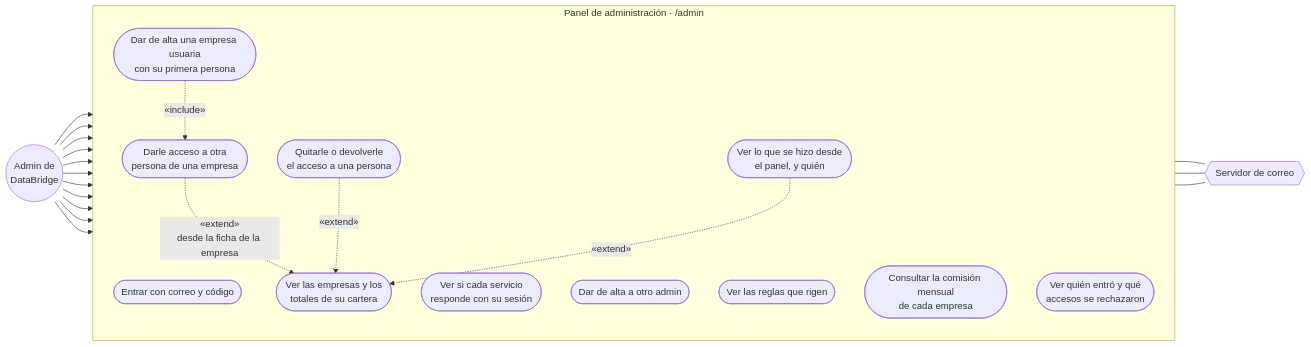
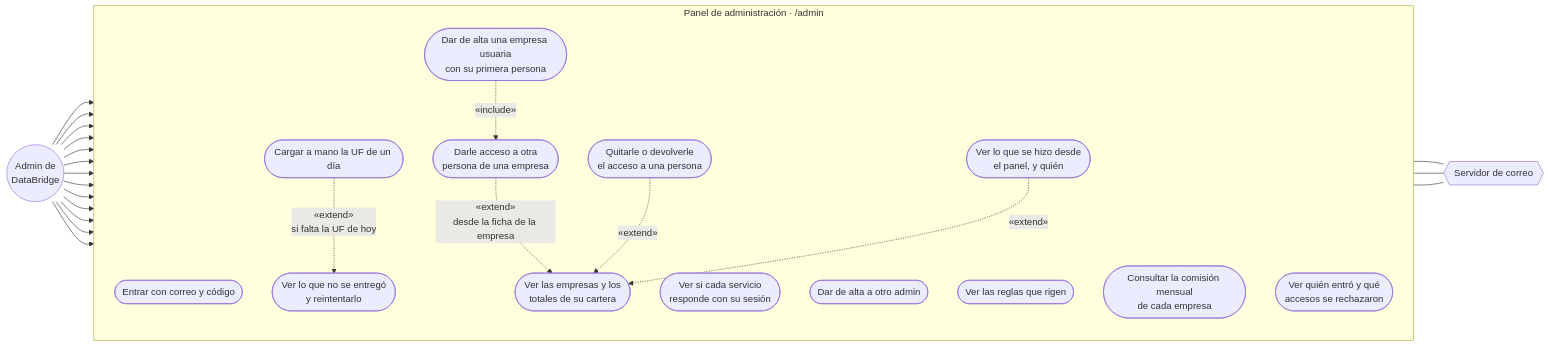
The fourth of 6 diagrams in docs/diagramas/casos-de-uso.md (TechnicalBridge/DataBridge), drawn with Mermaid before and after one commit. The commit also changed other lines of this file and 31 other files, not shown here.

First line of the commit message:
feat(ms-debt, ms-payments): Ver el estado de la operación y reintentar lo que falló (#261)

````diff
--- a/docs/diagramas/casos-de-uso.md
+++ b/docs/diagramas/casos-de-uso.md
@@ -195,27 +195,30 @@
 ```mermaid
 flowchart LR
     ADM(("Admin de<br/>DataBridge"))
     subgraph PAN["Panel de administración · /admin"]
         direction TB
         A1(["Entrar con correo y código"])
         A2(["Ver si cada servicio<br/>responde con su sesión"])
         A3(["Ver las empresas y los<br/>totales de su cartera"])
         A4(["Dar de alta una empresa usuaria<br/>con su primera persona"])
         A5(["Darle acceso a otra<br/>persona de una empresa"])
         A6(["Quitarle o devolverle<br/>el acceso a una persona"])
         A7(["Dar de alta a otro admin"])
         A8(["Ver lo que se hizo desde<br/>el panel, y quién"])
         A9(["Ver las reglas que rigen"])
         A10(["Consultar la comisión mensual<br/>de cada empresa"])
         A11(["Ver quién entró y qué<br/>accesos se rechazaron"])
+        A12(["Ver lo que no se entregó<br/>y reintentarlo"])
+        A13(["Cargar a mano la UF de un día"])
     end
     COR{{"Servidor de correo"}}
-    ADM --> A1 & A2 & A3 & A4 & A5 & A6 & A7 & A8 & A9 & A10 & A11
+    ADM --> A1 & A2 & A3 & A4 & A5 & A6 & A7 & A8 & A9 & A10 & A11 & A12 & A13
+    A13 -. "«extend»<br/>si falta la UF de hoy" .-> A12
     A4 -. "«include»" .-> A5
     A5 -. "«extend»<br/>desde la ficha de la empresa" .-> A3
     A6 -. "«extend»" .-> A3
     A8 -. "«extend»" .-> A3
     A1 --- COR
     A5 --- COR
     A7 --- COR
 ```
````
